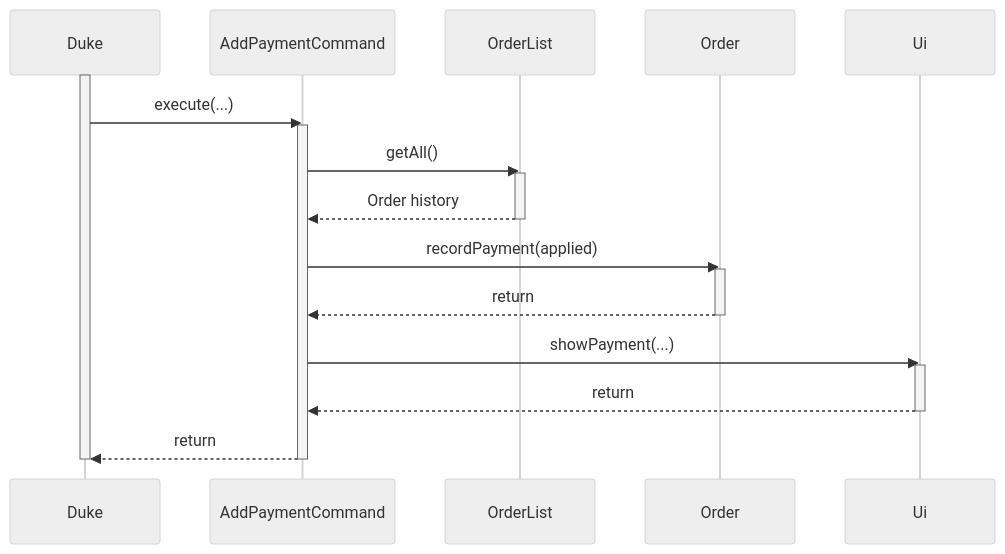
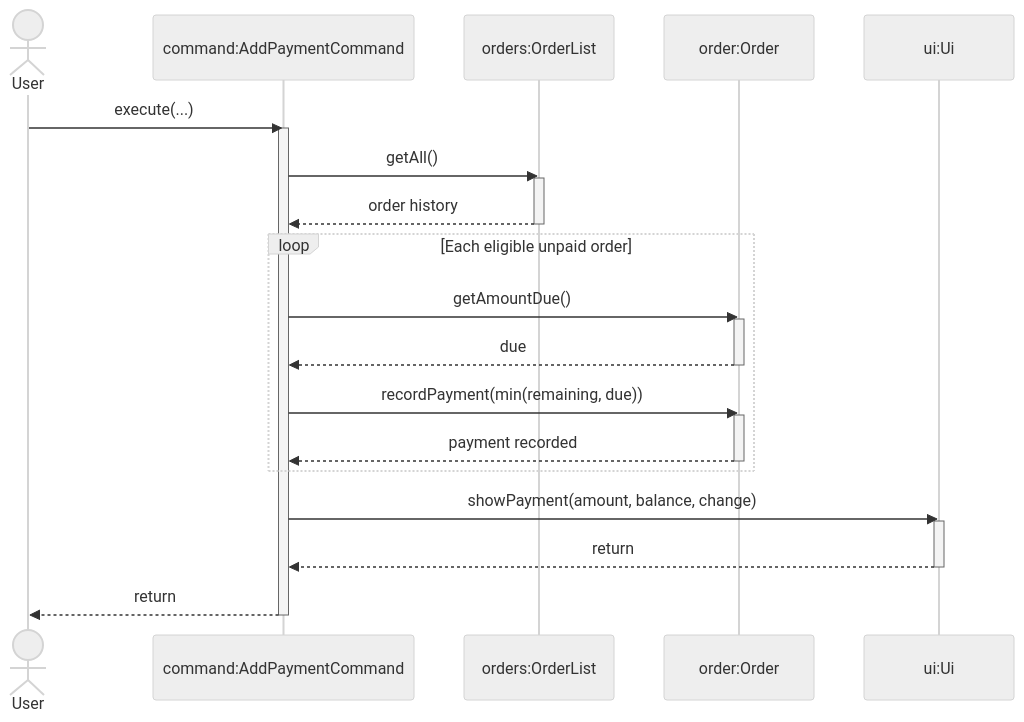
The diagram in docs/diagrams/customer-payment.mmd (AY2627S1-CS2113-T11-1/tp), drawn with Mermaid (neutral theme) before and after one commit. The commit also changed 17 other files, not shown here.

First line of the commit message:
Align finance reporting with partial payments

```diff
--- a/docs/diagrams/customer-payment.mmd
+++ b/docs/diagrams/customer-payment.mmd
@@ -1,25 +1,29 @@
 sequenceDiagram
-    %% Main successful flow; validation and alternatives are described in the guide.
-    participant P0 as Duke
-    participant P1 as AddPaymentCommand
-    participant P2 as OrderList
-    participant P3 as Order
-    participant P4 as Ui
-    activate P0
-    P0->>P1: execute(...)
-    activate P1
-    P1->>P2: getAll()
-    activate P2
-    P2-->>P1: Order history
-    deactivate P2
-    P1->>P3: recordPayment(applied)
-    activate P3
-    P3-->>P1: return
-    deactivate P3
-    P1->>P4: showPayment(...)
-    activate P4
-    P4-->>P1: return
-    deactivate P4
-    P1-->>P0: return
-    deactivate P1
-    deactivate P0
+    %% Partial payments are allocated across eligible orders in creation order.
+    actor D as User
+    participant C as command:AddPaymentCommand
+    participant L as orders:OrderList
+    participant O as order:Order
+    participant U as ui:Ui
+    D->>C: execute(...)
+    activate C
+    C->>L: getAll()
+    activate L
+    L-->>C: order history
+    deactivate L
+    loop Each eligible unpaid order
+        C->>O: getAmountDue()
+        activate O
+        O-->>C: due
+        deactivate O
+        C->>O: recordPayment(min(remaining, due))
+        activate O
+        O-->>C: payment recorded
+        deactivate O
+    end
+    C->>U: showPayment(amount, balance, change)
+    activate U
+    U-->>C: return
+    deactivate U
+    C-->>D: return
+    deactivate C
```
